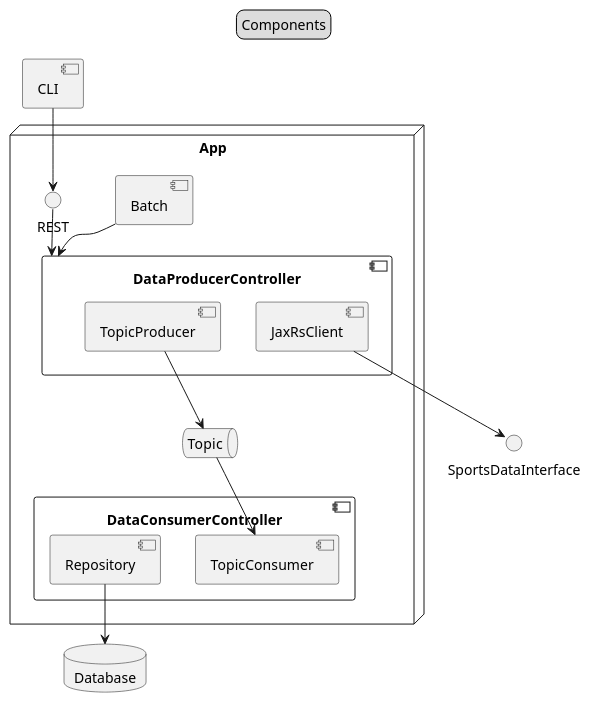
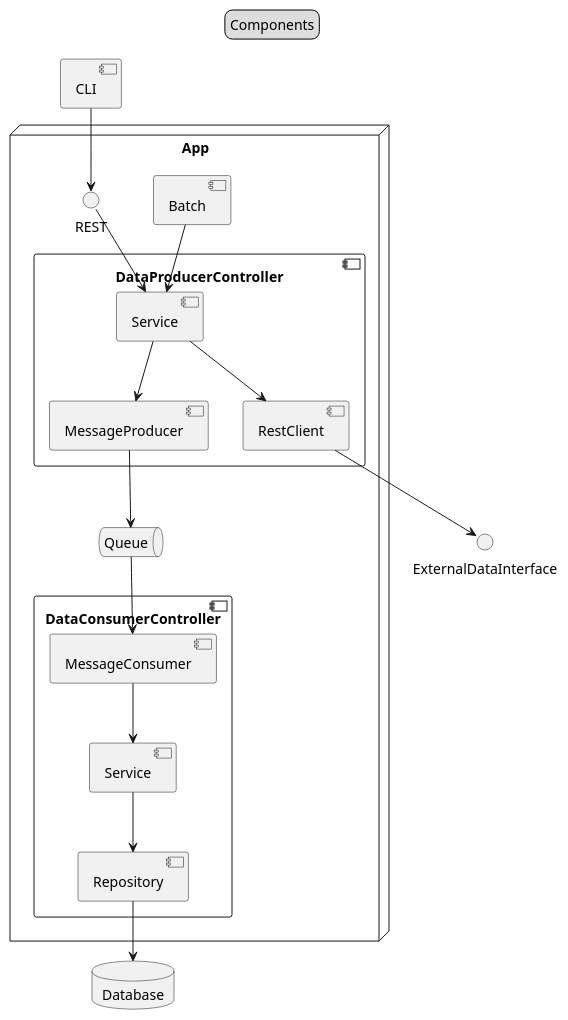
The diagram in src/site/plantuml/components.puml (gastonx99/gameon), drawn with PlantUML before and after one commit. The commit also changed 22 other files, not shown here.

```diff
--- a/src/site/plantuml/components.puml
+++ b/src/site/plantuml/components.puml
@@ -1,49 +1,49 @@
 @startuml
 skinparam componentStyle uml2
-
 
 legend top
 Components
 end legend
-
 
 component CLI
 
 node App {
     component Batch
 
-
     interface DataProducerControllerInterface as "REST"
 
     component DataProducerController {
-        component JaxRsClient
-        component TopicProducer
+        component Service as ProducerService
+        component RestClient
+        component MessageProducer
     }
 
 
-    queue Topic
+    queue Queue
 
     component DataConsumerController {
-        component TopicConsumer
+        component Service as ConsumerService
+        component MessageConsumer
         component Repository
     }
 }
 
-interface SportsDataInterface
-
+interface ExternalDataInterface
 
 database Database
 
-Batch --> DataProducerController
+Batch --> ProducerService
 CLI --> DataProducerControllerInterface
-DataProducerControllerInterface --> DataProducerController
+DataProducerControllerInterface --> ProducerService
 
-JaxRsClient --> SportsDataInterface
+ProducerService --> RestClient
+ProducerService --> MessageProducer
+RestClient --> ExternalDataInterface
+MessageProducer --> Queue
 
-TopicProducer --> Topic
-
-Topic --> TopicConsumer
-
+Queue --> MessageConsumer
+MessageConsumer --> ConsumerService
+ConsumerService --> Repository
 Repository --> Database
 
 @enduml
```
